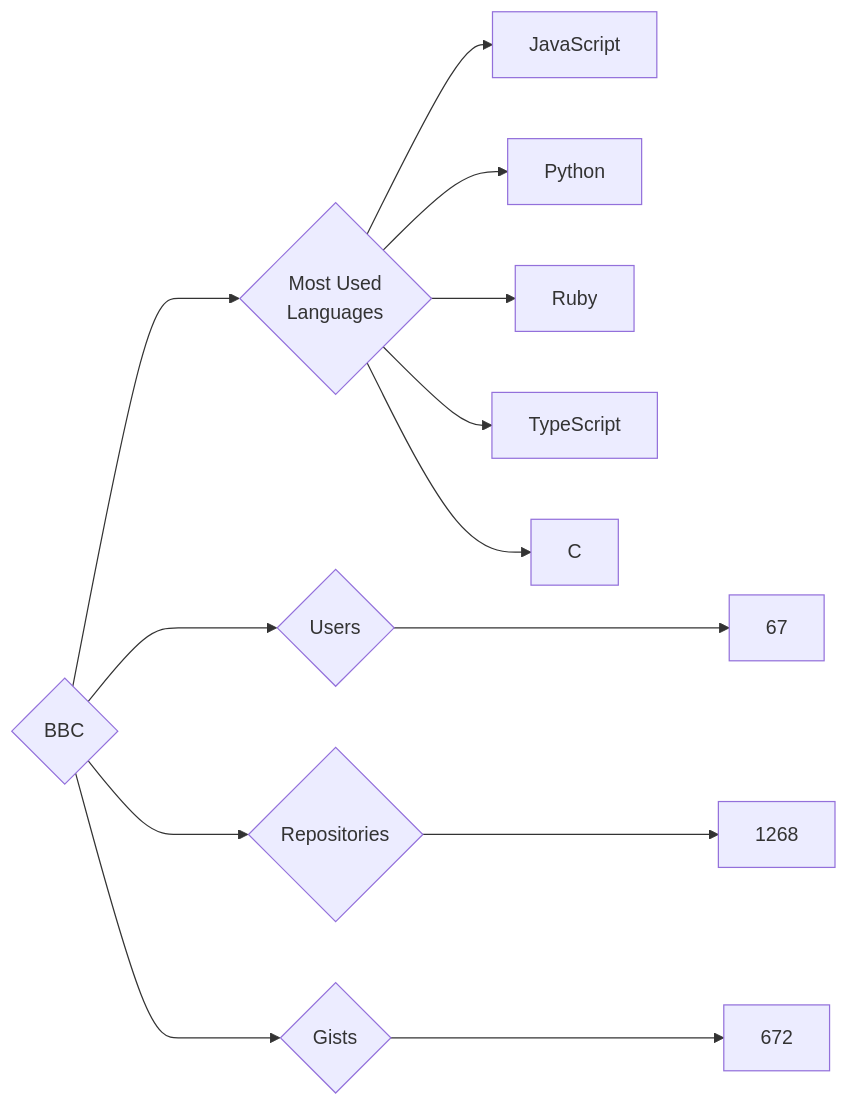
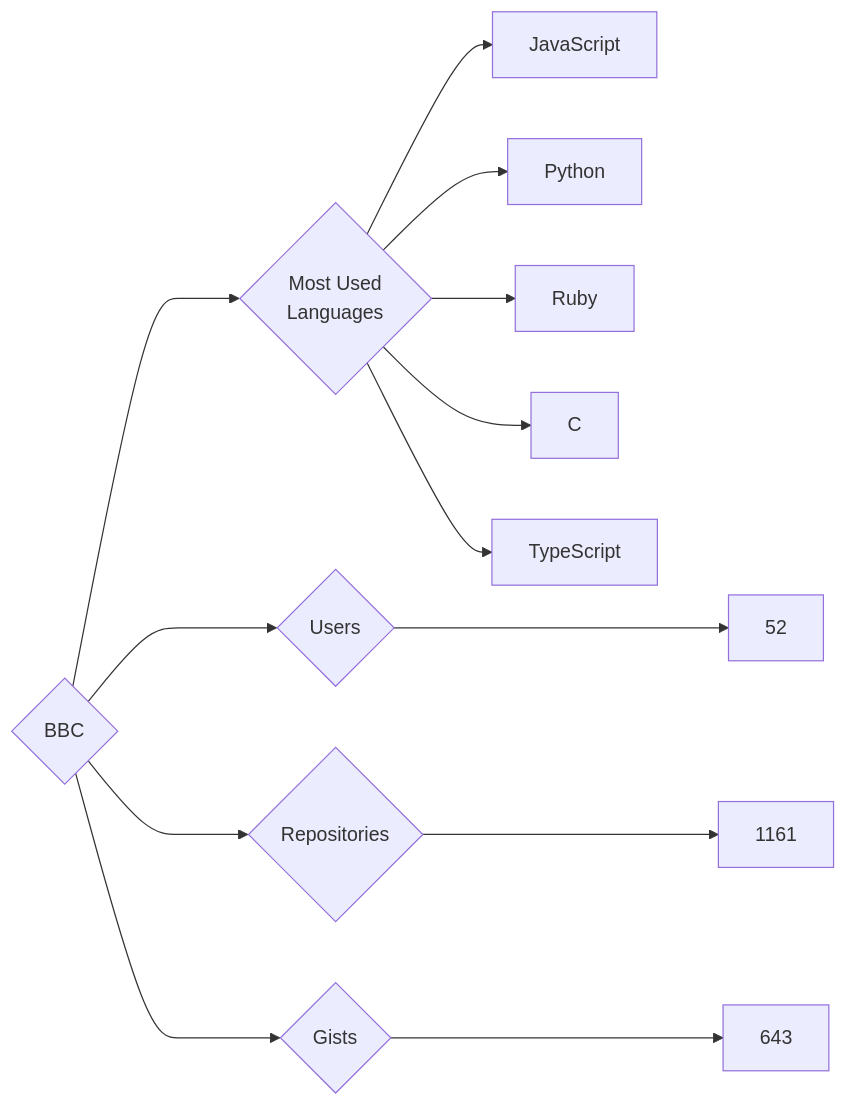
The diagram in targets/BBC/README.md (trickest/insiders), drawn with Mermaid before and after one commit. The commit also changed 809 other files, not shown here.

````diff
--- a/targets/BBC/README.md
+++ b/targets/BBC/README.md
@@ -3,13 +3,13 @@
 ```mermaid
 graph LR
 COMPANY_NAME{BBC}
-COMPANY_NAME ---> U{Users} ---> UN[67]
-COMPANY_NAME ---> R{Repositories} ---> RN[1268]
-COMPANY_NAME ---> G{Gists} ---> GN[672]
+COMPANY_NAME ---> U{Users} ---> UN[52]
+COMPANY_NAME ---> R{Repositories} ---> RN[1161]
+COMPANY_NAME ---> G{Gists} ---> GN[643]
 COMPANY_NAME ---> ML{Most Used<br>Languages}
 ML --> JavaScript[JavaScript]
 ML --> Python[Python]
 ML --> Ruby[Ruby]
+ML --> C[C]
 ML --> TypeScript[TypeScript]
-ML --> C[C]
 ```
````
